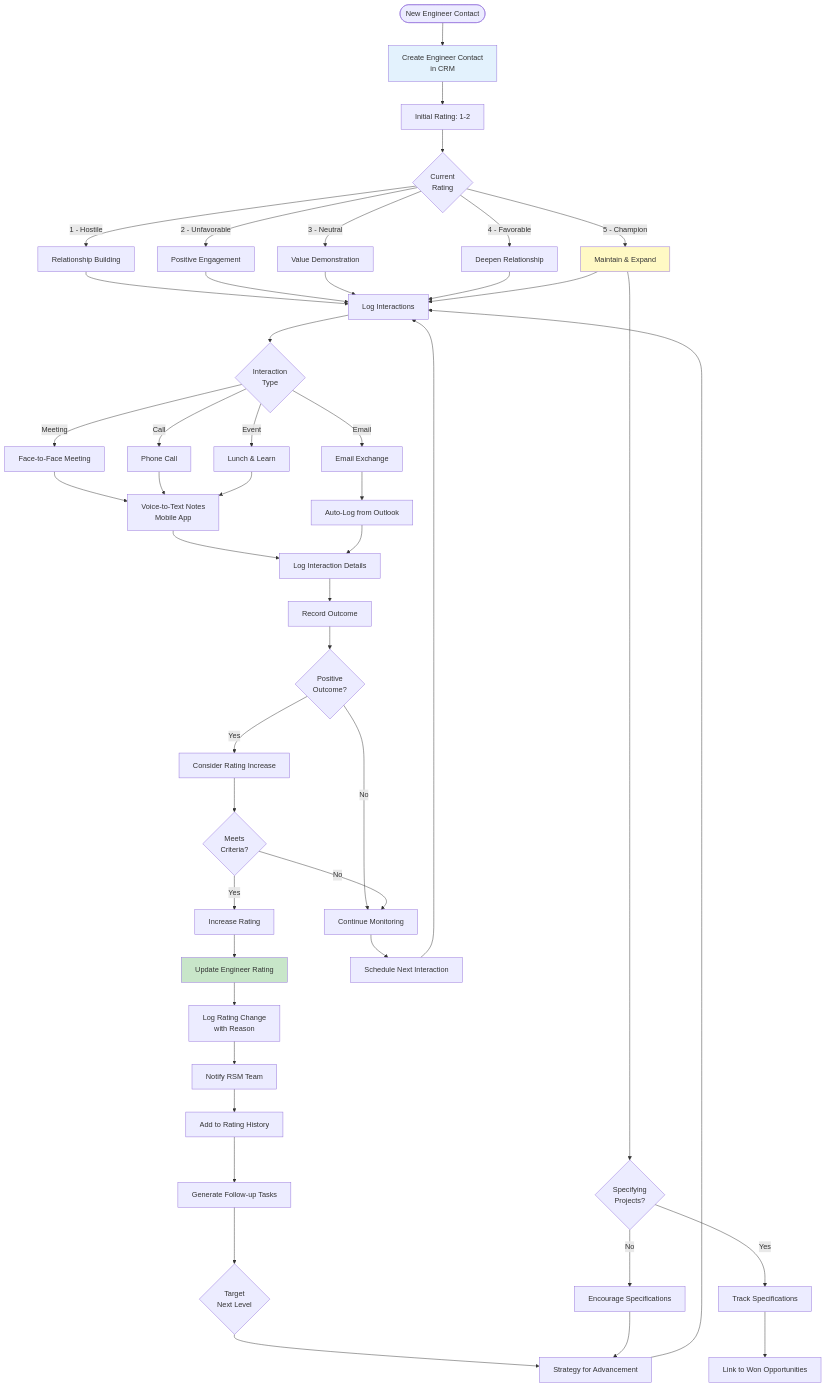
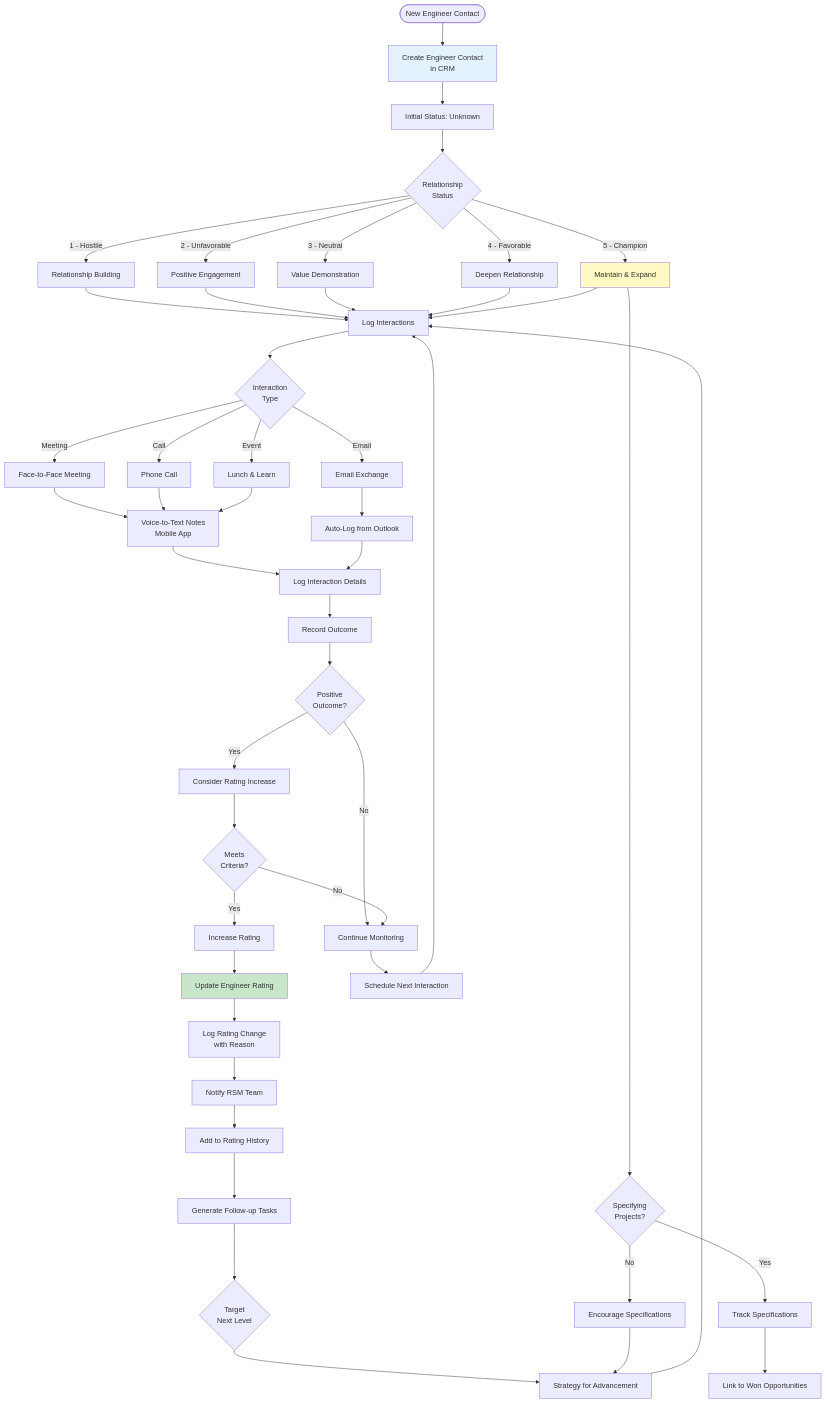
Before and after one commit to ahmadhassan91/dynamic-aqs: diagram 15 of 18 in docs/WORKFLOW_DIAGRAMS.md, drawn with Mermaid. The commit also changed other lines of this file and 10 other files, not shown here.

````diff
--- a/docs/WORKFLOW_DIAGRAMS.md
+++ b/docs/WORKFLOW_DIAGRAMS.md
@@ -212,69 +676,69 @@
 ```mermaid
 flowchart TD
     Start([New Engineer Contact]) --> Create[Create Engineer Contact<br/>in CRM]
-    Create --> Initial[Initial Rating: 1-2]
+    Create --> Initial[Initial Status: Unknown]
     
-    Initial --> Rate1{Current<br/>Rating}
+    Initial --> Rate1{Relationship<br/>Status}
     
     Rate1 -->|1 - Hostile| Activity1[Relationship Building]
     Rate1 -->|2 - Unfavorable| Activity2[Positive Engagement]
     Rate1 -->|3 - Neutral| Activity3[Value Demonstration]
     Rate1 -->|4 - Favorable| Activity4[Deepen Relationship]
     Rate1 -->|5 - Champion| Activity5[Maintain & Expand]
     
     Activity1 --> Interact[Log Interactions]
     Activity2 --> Interact
     Activity3 --> Interact
     Activity4 --> Interact
     Activity5 --> Interact
     
     Interact --> Types{Interaction<br/>Type}
     
     Types -->|Meeting| Meeting[Face-to-Face Meeting]
     Types -->|Call| Call[Phone Call]
     Types -->|Email| Email[Email Exchange]
     Types -->|Event| Event[Lunch & Learn]
     
     Meeting --> VoiceNote[Voice-to-Text Notes<br/>Mobile App]
     Call --> VoiceNote
     Email --> LogEmail[Auto-Log from Outlook]
     Event --> VoiceNote
     
     VoiceNote --> Details[Log Interaction Details]
     LogEmail --> Details
     
     Details --> Outcome[Record Outcome]
     Outcome --> Positive{Positive<br/>Outcome?}
     
     Positive -->|Yes| Consider[Consider Rating Increase]
     Positive -->|No| Monitor[Continue Monitoring]
     
     Consider --> Criteria{Meets<br/>Criteria?}
     Criteria -->|Yes| Increase[Increase Rating]
     Criteria -->|No| Monitor
     
     Increase --> UpdateRating[Update Engineer Rating]
     UpdateRating --> LogChange[Log Rating Change<br/>with Reason]
     LogChange --> Notify[Notify RSM Team]
     
     Notify --> RatingHist[Add to Rating History]
     RatingHist --> Tasks[Generate Follow-up Tasks]
     
     Tasks --> NextLevel{Target<br/>Next Level}
     NextLevel --> Strategy[Strategy for Advancement]
     Strategy --> Interact
     
     Monitor --> Schedule[Schedule Next Interaction]
     Schedule --> Interact
     
     Activity5 --> Spec{Specifying<br/>Projects?}
     Spec -->|Yes| Track[Track Specifications]
     Spec -->|No| Encourage[Encourage Specifications]
     
     Track --> OpptyWon[Link to Won Opportunities]
     Encourage --> Strategy
     
     style Create fill:#e3f2fd
     style UpdateRating fill:#c8e6c9
     style Activity5 fill:#fff9c4
 ```
````
